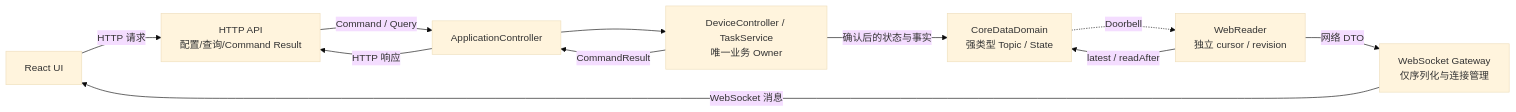
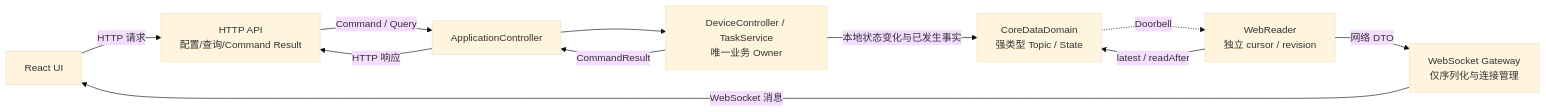
The diagram in doc/contracts/前后端接口契约-v1草案.md (YoungL524/newAnti_arch), drawn with Mermaid (base theme) before and after one commit. The commit also changed other lines of this file and 85 other files, not shown here.

````diff
--- a/doc/contracts/前后端接口契约-v1草案.md
+++ b/doc/contracts/前后端接口契约-v1草案.md
@@ -9,21 +9,21 @@
 ```mermaid
 flowchart LR
     UI[React UI]
     HTTP[HTTP API\n配置/查询/Command Result]
     WS[WebSocket Gateway\n仅序列化与连接管理]
     APP[ApplicationController]
     OWNER[DeviceController / TaskService\n唯一业务 Owner]
     DOMAIN[CoreDataDomain\n强类型 Topic / State]
     WEBREADER[WebReader\n独立 cursor / revision]
 
     UI -->|HTTP 请求| HTTP
     HTTP -->|Command / Query| APP
     APP --> OWNER
-    OWNER -->|确认后的状态与事实| DOMAIN
+    OWNER -->|本地状态变化与已发生事实| DOMAIN
     DOMAIN -.->|Doorbell| WEBREADER
     WEBREADER -->|latest / readAfter| DOMAIN
     WEBREADER -->|网络 DTO| WS
     WS -->|WebSocket 消息| UI
     OWNER -->|CommandResult| APP
     APP -->|HTTP 响应| HTTP
 ```
````
